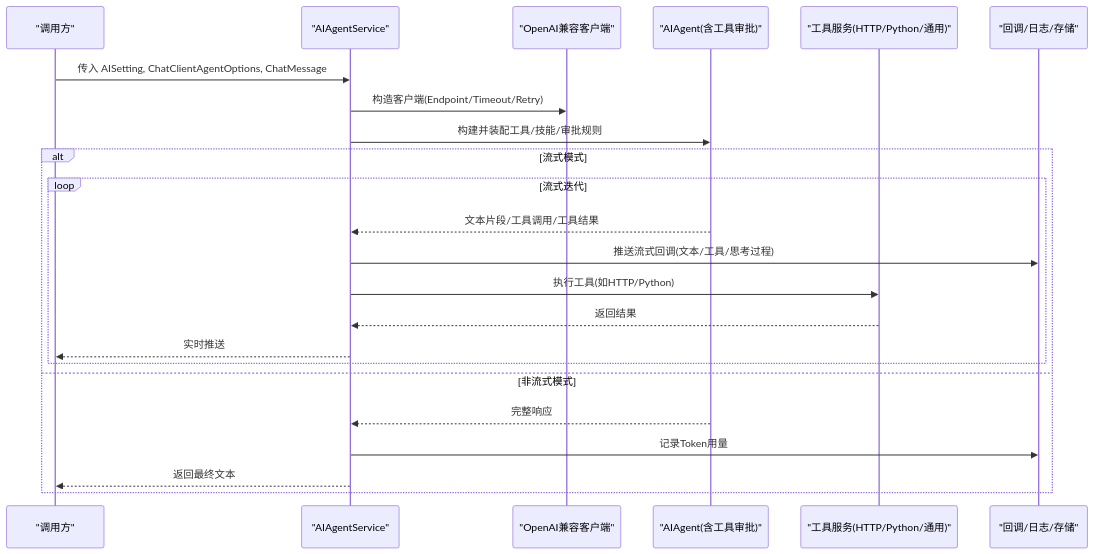
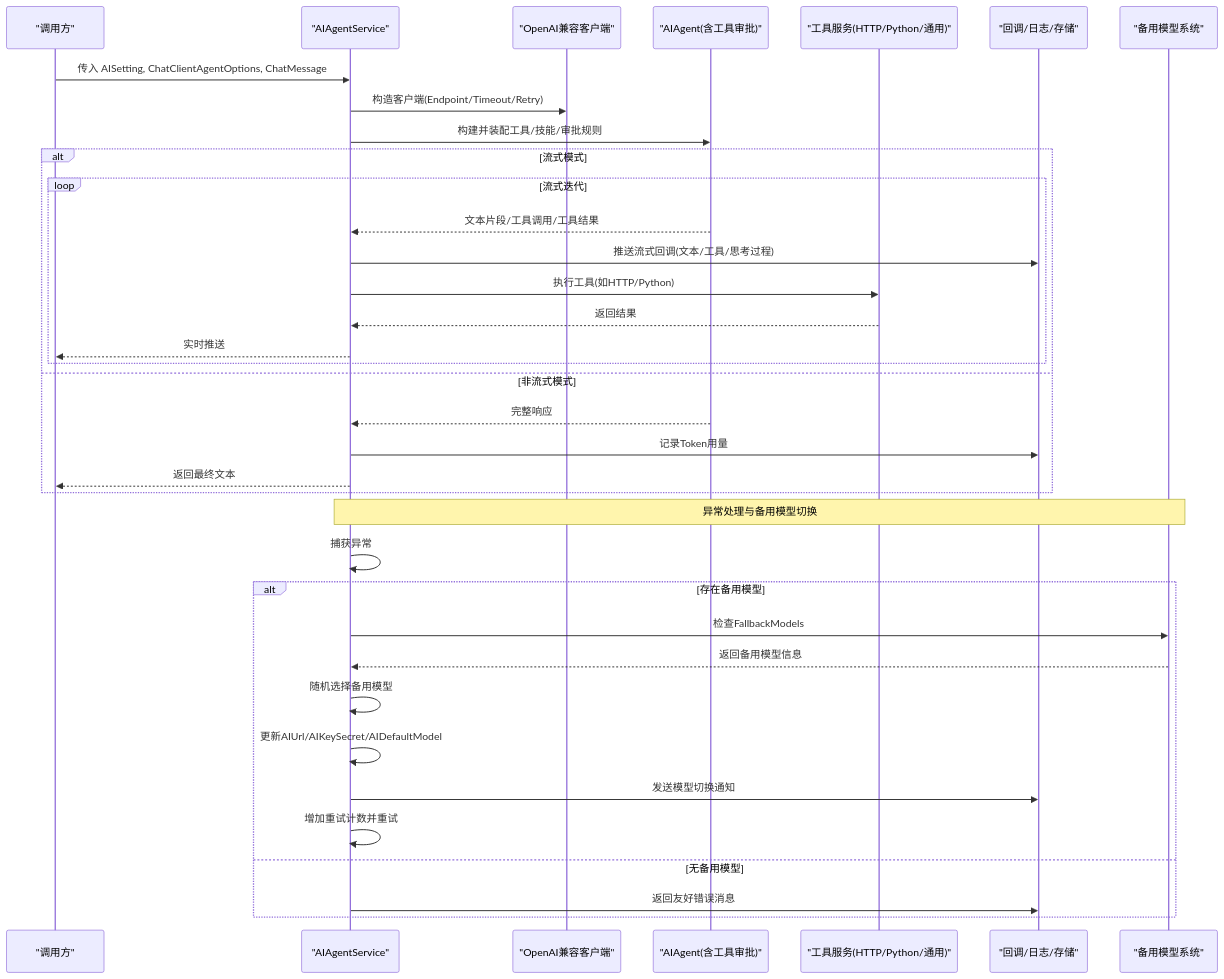
The second of 6 diagrams in .qoder/repowiki/zh/content/AI智能体/AgentFramework集成.md (junkai-li/NetCoreKevin), drawn with Mermaid before and after one commit. The commit also changed other lines of this file and 7 other files, not shown here.

````diff
--- a/.qoder/repowiki/zh/content/AI智能体/AgentFramework集成.md
+++ b/.qoder/repowiki/zh/content/AI智能体/AgentFramework集成.md
@@ -107,25 +124,38 @@
 ```mermaid
 sequenceDiagram
 participant Caller as "调用方"
 participant Service as "AIAgentService"
 participant Client as "OpenAI兼容客户端"
 participant Agent as "AIAgent(含工具审批)"
 participant Tool as "工具服务(HTTP/Python/通用)"
 participant Store as "回调/日志/存储"
+participant Fallback as "备用模型系统"
 Caller->>Service : 传入 AISetting, ChatClientAgentOptions, ChatMessage
 Service->>Client : 构造客户端(Endpoint/Timeout/Retry)
 Service->>Agent : 构建并装配工具/技能/审批规则
 alt 流式模式
 loop 流式迭代
 Agent-->>Service : 文本片段/工具调用/工具结果
 Service->>Store : 推送流式回调(文本/工具/思考过程)
 Service->>Tool : 执行工具(如HTTP/Python)
 Tool-->>Service : 返回结果
 Service-->>Caller : 实时推送
 end
 else 非流式模式
 Agent-->>Service : 完整响应
 Service->>Store : 记录Token用量
 Service-->>Caller : 返回最终文本
 end
+Note over Service,Fallback : 异常处理与备用模型切换
+Service->>Service : 捕获异常
+alt 存在备用模型
+Service->>Fallback : 检查FallbackModels
+Fallback-->>Service : 返回备用模型信息
+Service->>Service : 随机选择备用模型
+Service->>Service : 更新AIUrl/AIKeySecret/AIDefaultModel
+Service->>Store : 发送模型切换通知
+Service->>Service : 增加重试计数并重试
+else 无备用模型
+Service->>Store : 返回友好错误消息
+end
 ```
````
